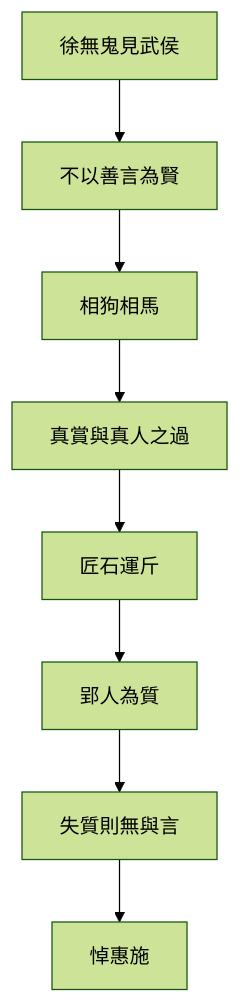
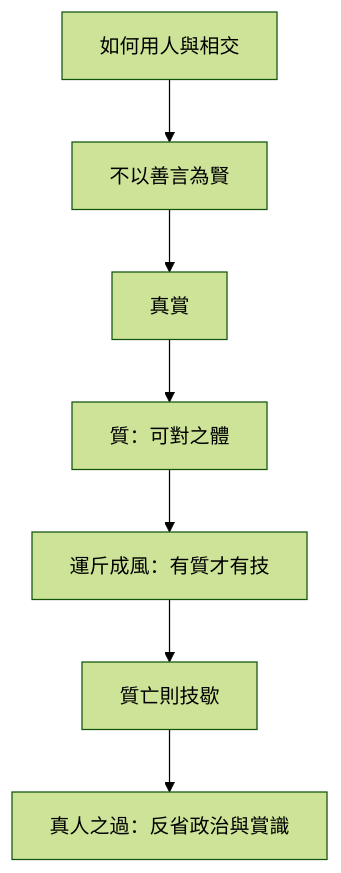
Before and after one commit to show0621/zhuangzi-atlas: the diagram in content/chapters/03-雜篇/24-徐無鬼.md, drawn with Mermaid (forest theme). The commit also changed other lines of this file and 61 other files, not shown here.

First line of the commit message:
editorial: §16 心智圖改為思想收束，與結構圖分工

````diff
--- a/content/chapters/03-雜篇/24-徐無鬼.md
+++ b/content/chapters/03-雜篇/24-徐無鬼.md
@@ -236,10 +237,9 @@
 ```mermaid
-flowchart TD
-  A[徐無鬼見武侯] --> B[不以善言為賢]
-  B --> C[相狗相馬]
-  C --> D[真賞與真人之過]
-  D --> E[匠石運斤]
-  E --> F[郢人為質]
-  F --> G[失質則無與言]
-  G --> H[悼惠施]
+flowchart TB
+  Q[如何用人與相交] --> S[不以善言為賢]
+  S --> T[真賞]
+  T --> Z[質：可對之體]
+  Z --> J[運斤成風：有質才有技]
+  J --> W[質亡則技歇]
+  W --> R[真人之過：反省政治與賞識]
 ```
````
